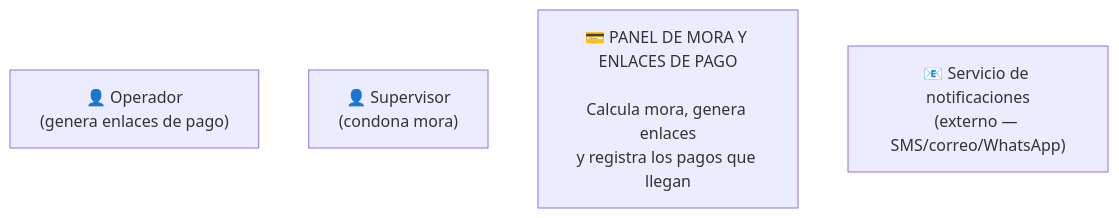
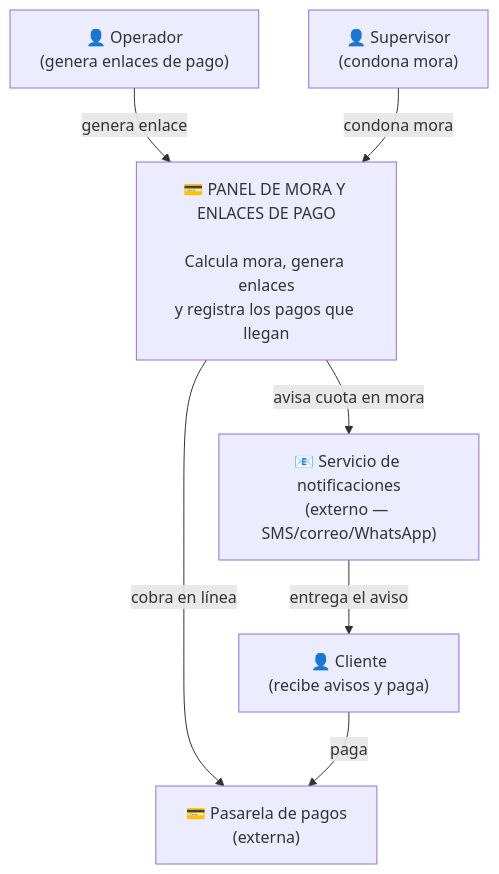
The diagram in H4/readme.md (reychman/expediente-arq-apaza), drawn with Mermaid before and after one commit.

Commit message:
Completando el diagrama para la parte A

````diff
--- a/H4/readme.md
+++ b/H4/readme.md
@@ -5,7 +5,15 @@
 ```mermaid
 flowchart TD
     Operador["👤 Operador<br/>(genera enlaces de pago)"]
     Supervisor["👤 Supervisor<br/>(condona mora)"]
     Panel["💳 PANEL DE MORA Y ENLACES DE PAGO<br/><br/>Calcula mora, genera enlaces<br/>y registra los pagos que llegan"]
     Notificaciones["📧 Servicio de notificaciones<br/>(externo — SMS/correo/WhatsApp)"]
+    Cliente["👤 Cliente<br/>(recibe avisos y paga)"]
+    Pasarela["💳 Pasarela de pagos<br/>(externa)"]
+    Operador -->|genera enlace| Panel
+    Supervisor -->|condona mora| Panel
+    Panel -->|avisa cuota en mora| Notificaciones
+    Notificaciones -->|entrega el aviso| Cliente
+    Panel -->|cobra en línea| Pasarela
+    Cliente -->|paga| Pasarela
 ```
````
